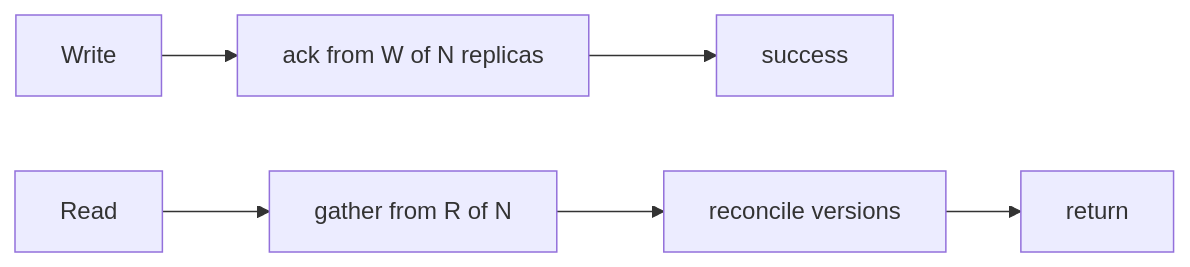
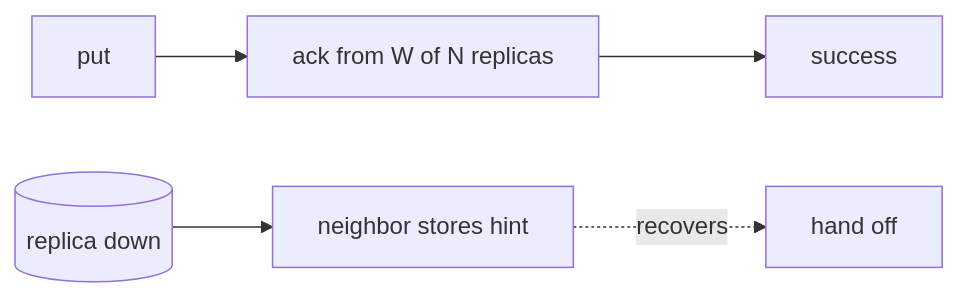
Before and after one commit to hiepgithub2001/swedocs: the second of 2 diagrams in system-design/2-case-studies/key-value-store.md, drawn with Mermaid. The commit also changed other lines of this file and 3 other files, not shown here.

````diff
--- a/system-design/2-case-studies/key-value-store.md
+++ b/system-design/2-case-studies/key-value-store.md
@@ -52,5 +82,5 @@
 ```mermaid
 flowchart LR
-    W[Write] --> NWrite[ack from W of N replicas] --> OkW[success]
-    Rd[Read] --> NRead[gather from R of N] --> Reconcile[reconcile versions] --> OkR[return]
+    W[put] --> Wq[ack from W of N replicas] --> OK[success]
+    Down[(replica down)] --> Hint[neighbor stores hint] -. recovers .-> Replay[hand off]
 ```
````
